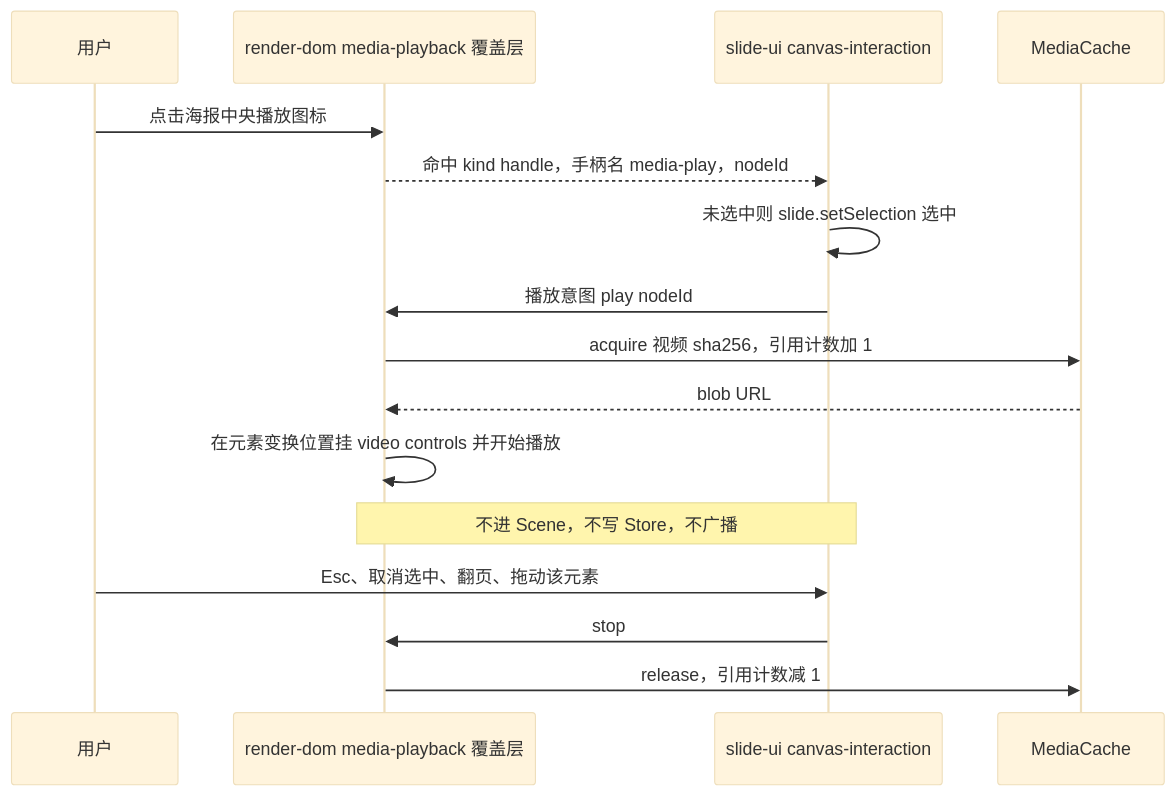
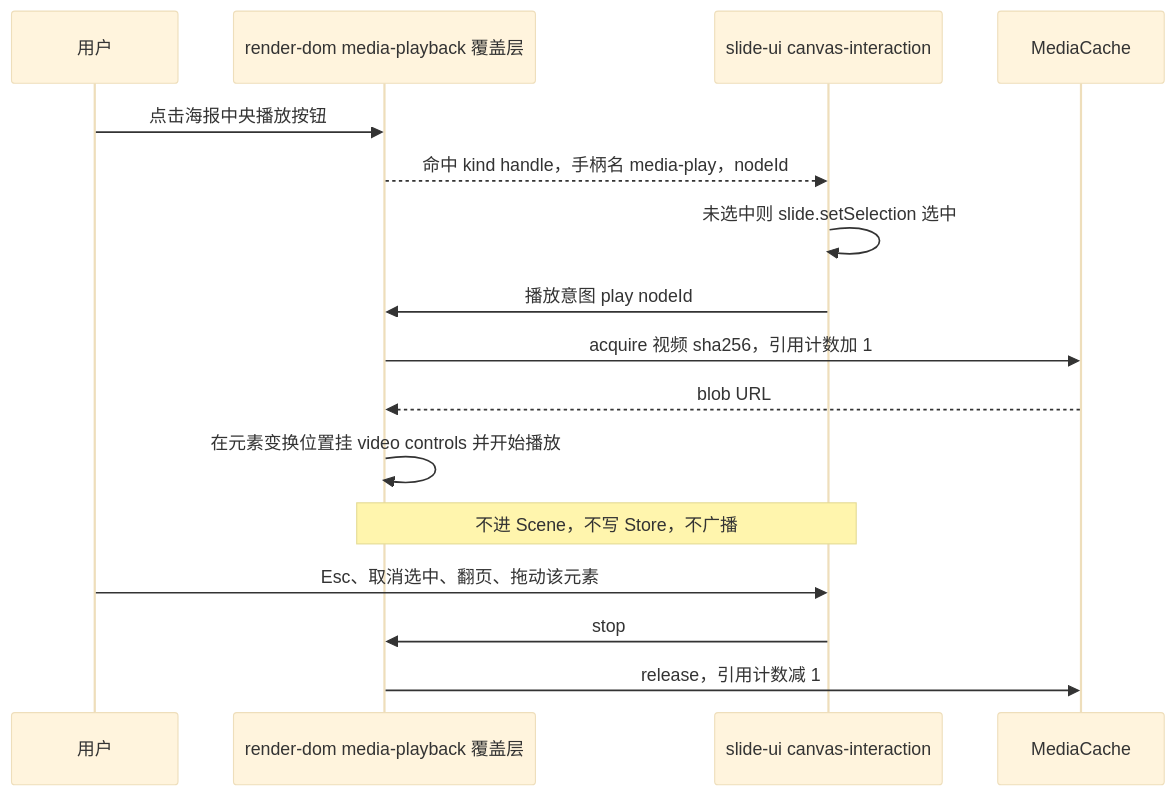
Before and after one commit to Xeonice/cordis-ppt-editor: diagram 11 of 12 in docs/50-frontend/23-elements-media.md, drawn with Mermaid (base theme). The commit also changed other lines of this file and 25 other files, not shown here.

````diff
--- a/docs/50-frontend/23-elements-media.md
+++ b/docs/50-frontend/23-elements-media.md
@@ -503,18 +504,18 @@
 ```mermaid
 sequenceDiagram
   participant user as 用户
   participant ov as render-dom media-playback 覆盖层
   participant ui as slide-ui canvas-interaction
   participant cache as MediaCache
-  user->>ov: 点击海报中央播放图标
+  user->>ov: 点击海报中央播放按钮
   ov-->>ui: 命中 kind handle，手柄名 media-play，nodeId
   ui->>ui: 未选中则 slide.setSelection 选中
   ui->>ov: 播放意图 play nodeId
   ov->>cache: acquire 视频 sha256，引用计数加 1
   cache-->>ov: blob URL
   ov->>ov: 在元素变换位置挂 video controls 并开始播放
   Note over ov,ui: 不进 Scene，不写 Store，不广播
   user->>ui: Esc、取消选中、翻页、拖动该元素
   ui->>ov: stop
   ov->>cache: release，引用计数减 1
 ```
````
